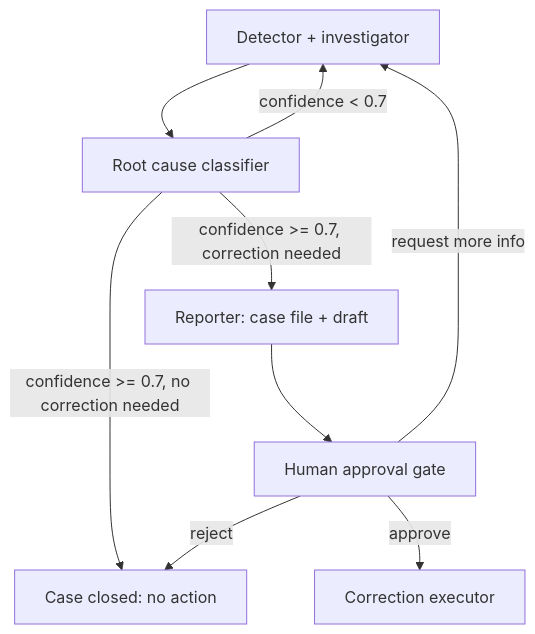
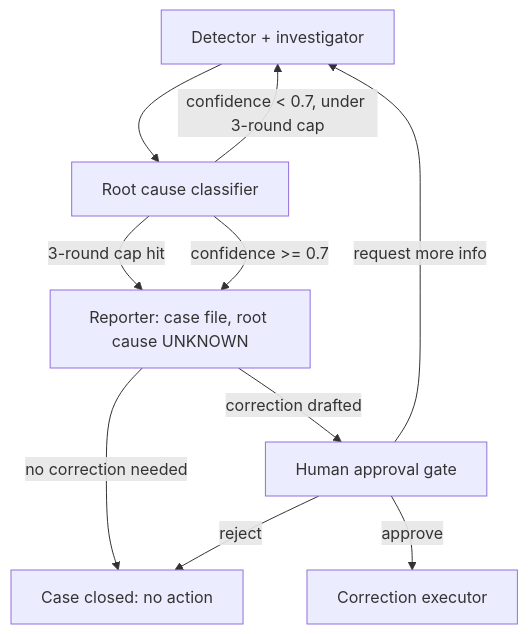
One commit to el-informatico/reconciliation-investigator changed the diagram in README.md. Above: the diagram before and after it, drawn with Mermaid. The commit also changed other lines of this file, not shown here.

````diff
--- a/README.md
+++ b/README.md
@@ -21,11 +34,12 @@
 ```mermaid
 flowchart TD
     A[Detector + investigator] --> B[Root cause classifier]
-    B -->|confidence < 0.7| A
-    B -->|confidence >= 0.7, no correction needed| E[Case closed: no action]
-    B -->|confidence >= 0.7, correction needed| C[Reporter: case file + draft]
-    C --> D[Human approval gate]
+    B -->|confidence < 0.7, under 3-round cap| A
+    B -->|3-round cap hit| C[Reporter: case file, root cause UNKNOWN]
+    B -->|confidence >= 0.7| C
+    C -->|no correction needed| E[Case closed: no action]
+    C -->|correction drafted| D[Human approval gate]
     D -->|approve| F[Correction executor]
     D -->|reject| E
     D -->|request more info| A
 ```
````
